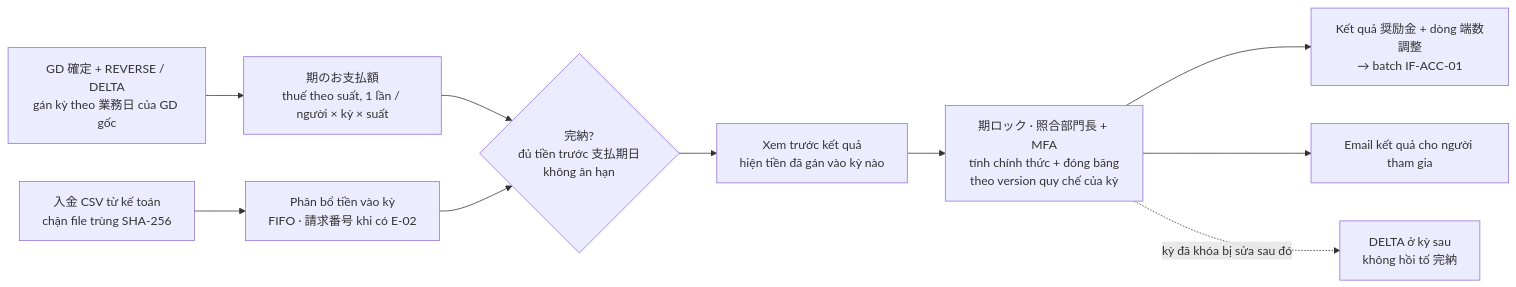
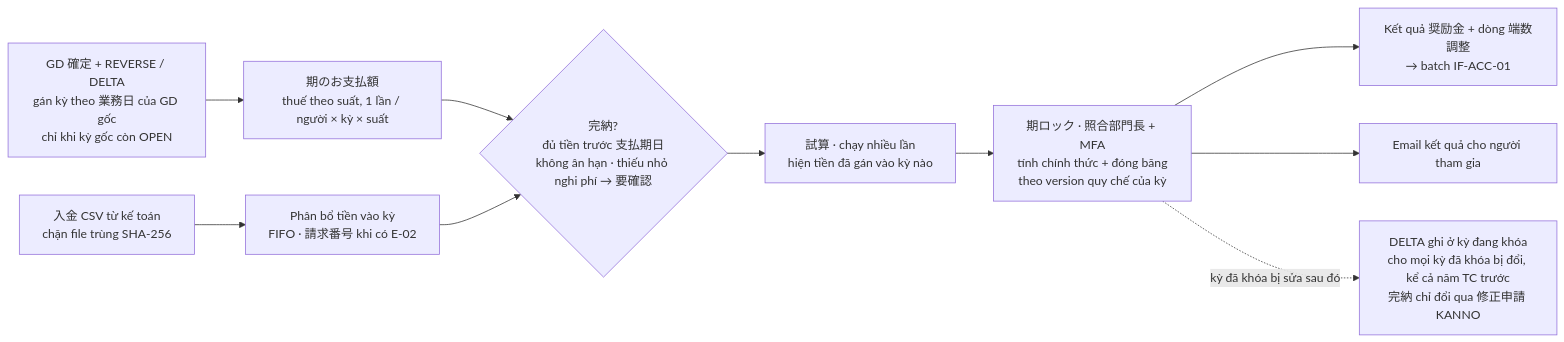
One commit to phuongnnm-23344/lab-wholesale-market changed the third of 5 diagrams in architecture/ARCHITECTURE.md. Above: the diagram before and after it, drawn with Mermaid. The commit also changed other lines of this file and 13 other files, not shown here.

First line of the commit message:
docs(lab-4): align PREMISE, architecture and ADRs with Gate 1 review

````diff
--- a/architecture/ARCHITECTURE.md
+++ b/architecture/ARCHITECTURE.md
@@ -161,12 +162,12 @@
 ```mermaid
 flowchart LR
-  T["GD 確定 + REVERSE / DELTA<br/>gán kỳ theo 業務日 của GD gốc"] --> P["期のお支払額<br/>thuế theo suất, 1 lần / người × kỳ × suất"]
+  T["GD 確定 + REVERSE / DELTA<br/>gán kỳ theo 業務日 của GD gốc<br/>chỉ khi kỳ gốc còn OPEN"] --> P["期のお支払額<br/>thuế theo suất, 1 lần / người × kỳ × suất"]
   R["入金 CSV từ kế toán<br/>chặn file trùng SHA-256"] --> Q["Phân bổ tiền vào kỳ<br/>FIFO · 請求番号 khi có E-02"]
-  P --> X{"完納?<br/>đủ tiền trước 支払期日<br/>không ân hạn"}
+  P --> X{"完納?<br/>đủ tiền trước 支払期日<br/>không ân hạn · thiếu nhỏ nghi phí → 要確認"}
   Q --> X
-  X --> V["Xem trước kết quả<br/>hiện tiền đã gán vào kỳ nào"]
+  X --> V["試算 · chạy nhiều lần<br/>hiện tiền đã gán vào kỳ nào"]
   V --> W["期ロック · 照合部門長 + MFA<br/>tính chính thức + đóng băng<br/>theo version quy chế của kỳ"]
   W --> Y["Kết quả 奨励金 + dòng 端数調整<br/>→ batch IF-ACC-01"]
   W --> Z["Email kết quả cho người tham gia"]
-  W -. "kỳ đã khóa bị sửa sau đó" .-> D2["DELTA ở kỳ sau<br/>không hồi tố 完納"]
+  W -. "kỳ đã khóa bị sửa sau đó" .-> D2["DELTA ghi ở kỳ đang khóa<br/>cho mọi kỳ đã khóa bị đổi, kể cả năm TC trước<br/>完納 chỉ đổi qua 修正申請 KANNO"]
 ```
````
